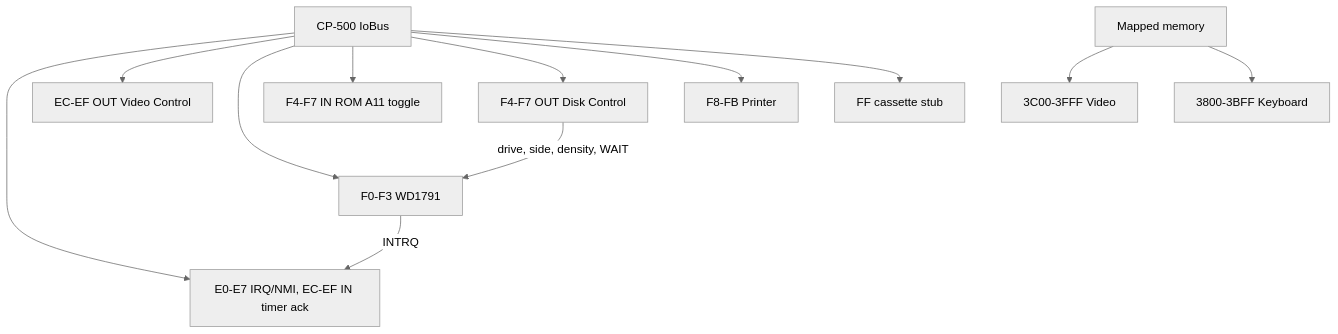
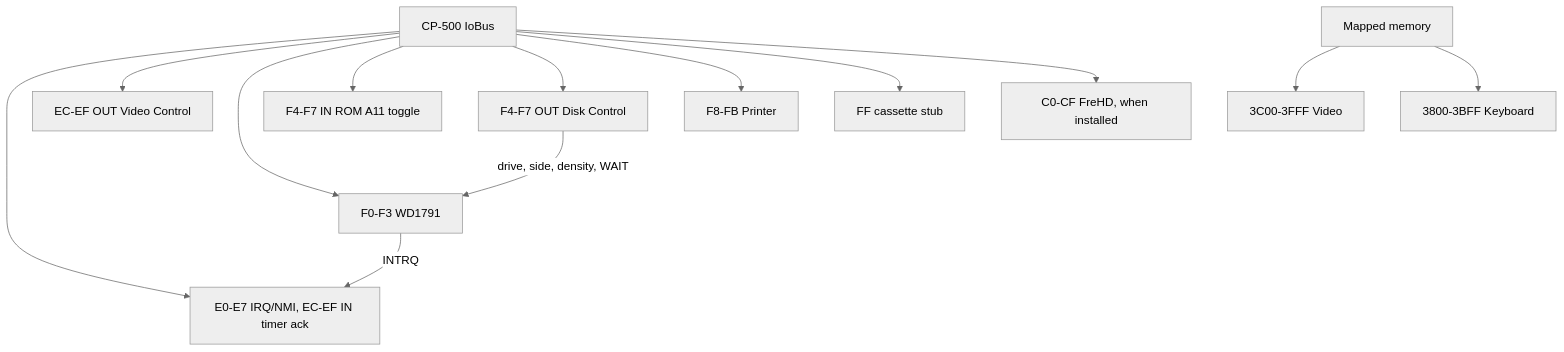
One commit to fredimachado/heh8080 changed the diagram in lode/cp500/devices.md. Above: the diagram before and after it, drawn with Mermaid (neutral theme). The commit also changed other lines of this file and 3 other files, not shown here.

````diff
--- a/lode/cp500/devices.md
+++ b/lode/cp500/devices.md
@@ -25,14 +25,15 @@
 ```mermaid
 graph TB
     Bus[CP-500 IoBus] --> Int[E0-E7 IRQ/NMI, EC-EF IN timer ack]
     Bus --> Video[EC-EF OUT Video Control]
     Bus --> FDC[F0-F3 WD1791]
     Bus --> Rom[F4-F7 IN ROM A11 toggle]
     Bus --> DiskControl[F4-F7 OUT Disk Control]
     DiskControl -->|drive, side, density, WAIT| FDC
     FDC -->|INTRQ| Int
     Bus --> Printer[F8-FB Printer]
     Bus --> Cass[FF cassette stub]
+    Bus --> HD[C0-CF FreHD, when installed]
     Memory[Mapped memory] --> VRAM[3C00-3FFF Video]
     Memory --> Keyboard[3800-3BFF Keyboard]
 ```
````
